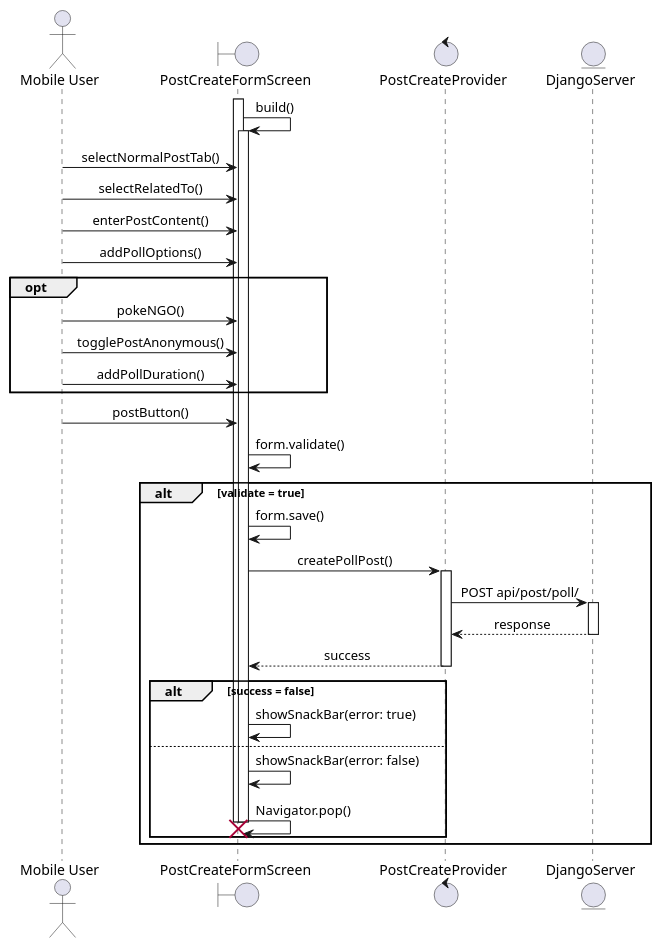
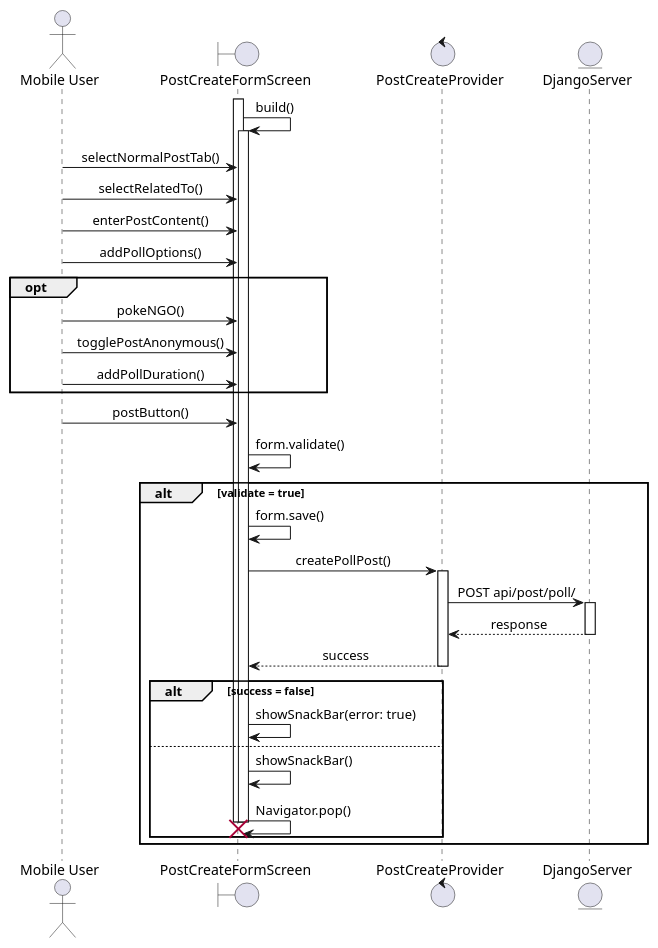
One commit to bislerium/sequence_plantuml changed the diagram in uc7_managepollpost_create.wsd. Above: the diagram before and after it, drawn with PlantUML. The commit also changed 6 other files, not shown here.

Commit message:
some uml added

```diff
--- a/uc7_managepollpost_create.wsd
+++ b/uc7_managepollpost_create.wsd
@@ -1,40 +1,40 @@
 @startuml uc1-sequence
 skinparam sequenceMessageAlign center
 actor       "Mobile User"       as actor
 boundary    PostCreateFormScreen    as ui
 control     PostCreateProvider  as provider
 entity      DjangoServer      as server
 
 activate  ui
 ui -> ui: build()
 activate ui
 actor -> ui: selectNormalPostTab()
 actor -> ui: selectRelatedTo()
 actor -> ui: enterPostContent()
 actor -> ui: addPollOptions()
 opt
     actor -> ui: pokeNGO()
     actor -> ui: togglePostAnonymous()
     actor -> ui: addPollDuration()
 end
 actor -> ui: postButton()
 ui -> ui: form.validate()
 alt validate = true
     ui -> ui: form.save()
     ui -> provider: createPollPost()
     activate provider
     provider -> server: POST api/post/poll/
     activate server
     server --> provider: response
     deactivate server
     return success
     alt success = false
         ui -> ui: showSnackBar(error: true)
     else
-        ui -> ui: showSnackBar(error: false)
+        ui -> ui: showSnackBar()
         ui -> ui: Navigator.pop()
         deactivate ui
         destroy ui
     end
 end
 @enduml
```
